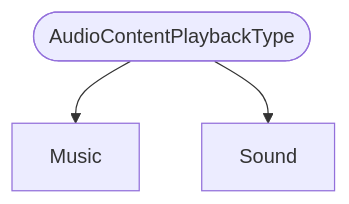
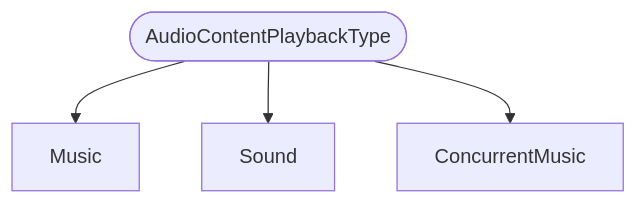
Before and after one commit to bedrock-v/protocol-docs: the diagram in schemas/enums/AudioContentPlaybackType.md, drawn with Mermaid. The commit also changed 384 other files, not shown here.

````diff
--- a/schemas/enums/AudioContentPlaybackType.md
+++ b/schemas/enums/AudioContentPlaybackType.md
@@ -5,6 +5,7 @@
 ```mermaid
 flowchart TB
   ROOT(["AudioContentPlaybackType"])
   ROOT --> Music["Music"]
   ROOT --> Sound["Sound"]
+  ROOT --> ConcurrentMusic["ConcurrentMusic"]
 ```
````
